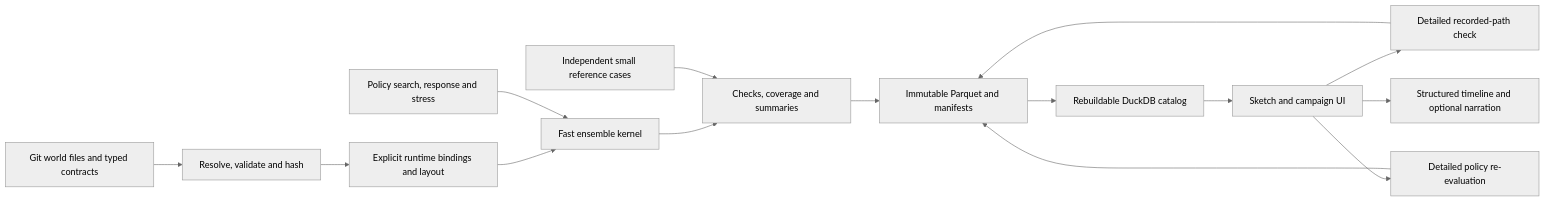
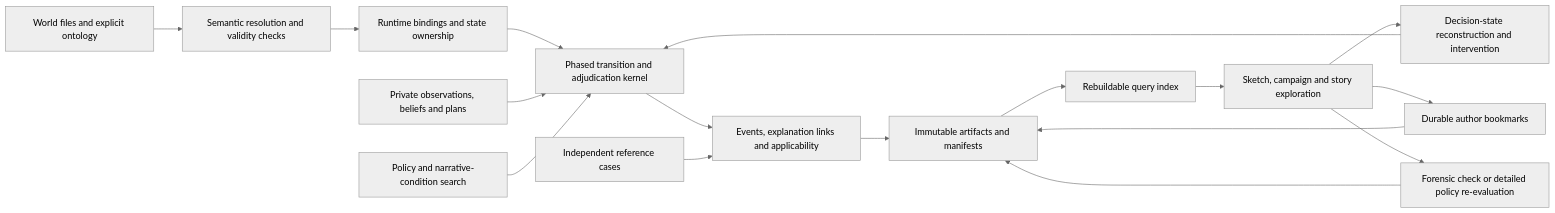
Before and after one commit to c-voelkle/pacifica: the diagram in docs/timeline-lab/model-architecture.md, drawn with Mermaid (neutral theme). The commit also changed other lines of this file and 7 other files, not shown here.

Commit message:
docs: specify Timeline Lab v0.6 ontology and plot exploration

````diff
--- a/docs/timeline-lab/model-architecture.md
+++ b/docs/timeline-lab/model-architecture.md
@@ -35,17 +35,19 @@
 ```mermaid
 flowchart LR
-    Files["Git world files and typed contracts"] --> Resolve["Resolve, validate and hash"]
-    Resolve --> Bind["Explicit runtime bindings and layout"]
-    Bind --> Fast["Fast ensemble kernel"]
-    Fast --> Checks["Checks, coverage and summaries"]
-    Ref["Independent small reference cases"] --> Checks
-    Search["Policy search, response and stress"] --> Fast
-    Checks --> Artifacts["Immutable Parquet and manifests"]
-    Artifacts --> Index["Rebuildable DuckDB catalog"]
-    Index --> UI["Sketch and campaign UI"]
-    UI --> Forensic["Detailed recorded-path check"]
-    UI --> Reeval["Detailed policy re-evaluation"]
-    Forensic --> Artifacts
-    Reeval --> Artifacts
-    UI --> Story["Structured timeline and optional narration"]
+    Files["World files and explicit ontology"] --> Resolve["Semantic resolution and validity checks"]
+    Resolve --> Bind["Runtime bindings and state ownership"]
+    Bind --> Fast["Phased transition and adjudication kernel"]
+    Actor["Private observations, beliefs and plans"] --> Fast
+    Search["Policy and narrative-condition search"] --> Fast
+    Fast --> Trace["Events, explanation links and applicability"]
+    Ref["Independent reference cases"] --> Trace
+    Trace --> Artifacts["Immutable artifacts and manifests"]
+    Artifacts --> Index["Rebuildable query index"]
+    Index --> UI["Sketch, campaign and story exploration"]
+    UI --> Branch["Decision-state reconstruction and intervention"]
+    Branch --> Fast
+    UI --> Saved["Durable author bookmarks"]
+    Saved --> Artifacts
+    UI --> Detailed["Forensic check or detailed policy re-evaluation"]
+    Detailed --> Artifacts
 ```
````
